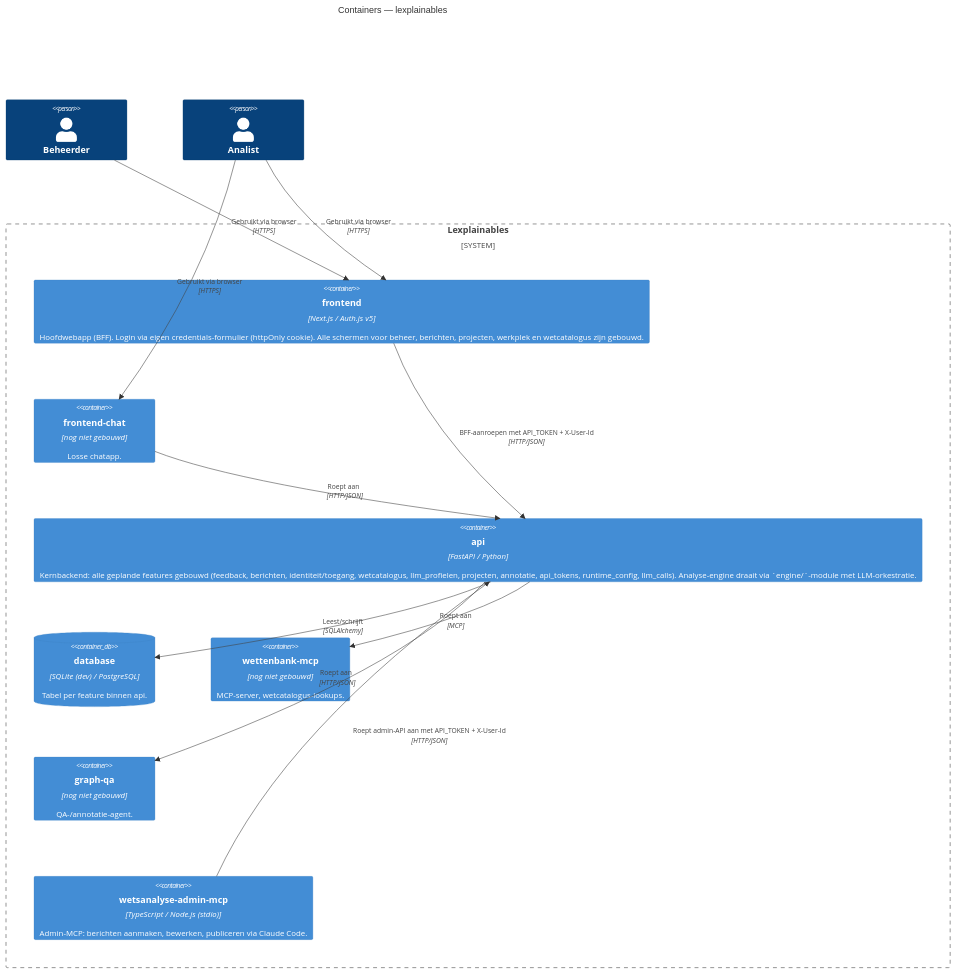
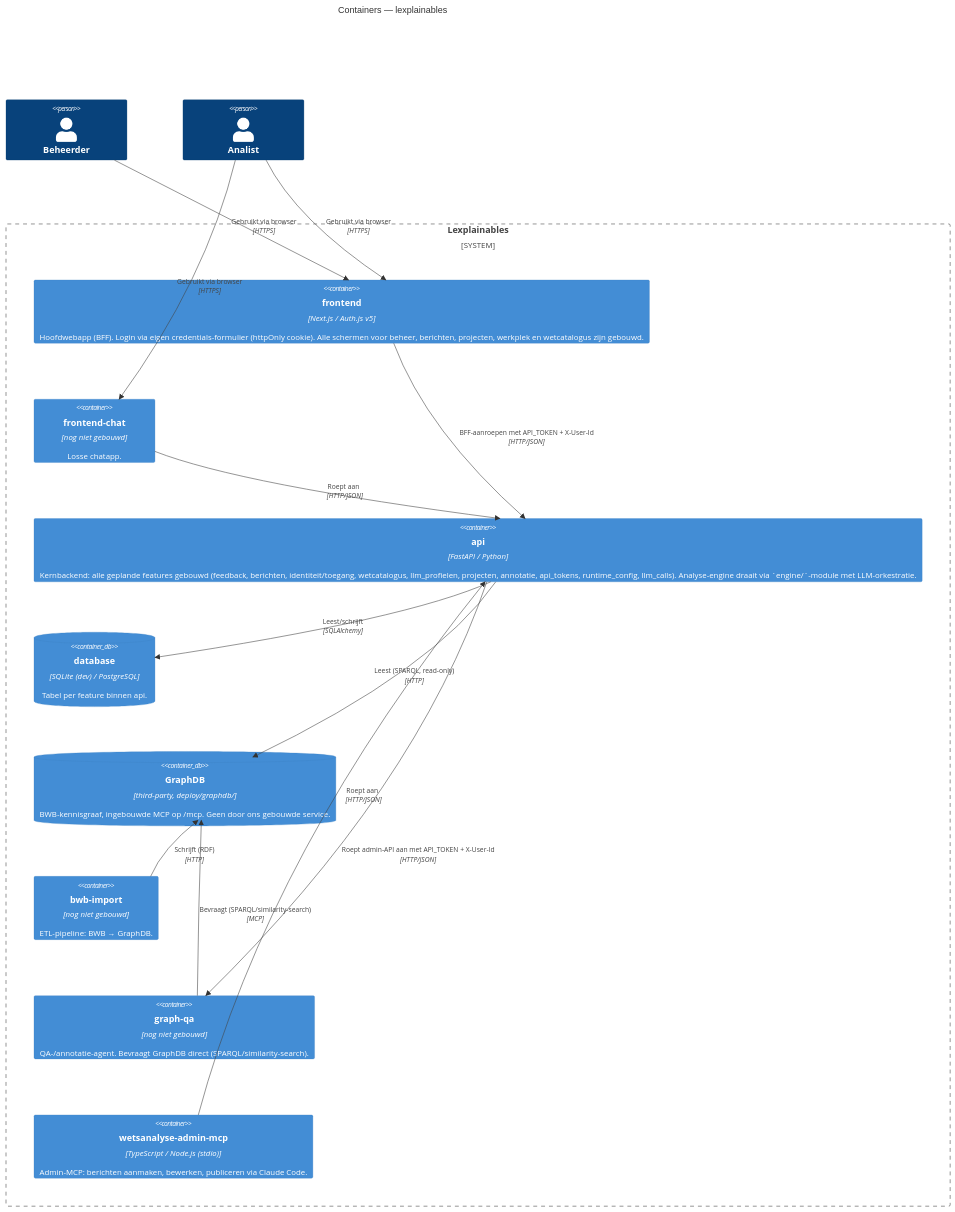
The second of 5 diagrams in docs/project/architectuur/c4-model.md (jaas0000/lexplainables), drawn with Mermaid before and after one commit. The commit also changed other lines of this file and 14 other files, not shown here.

First line of the commit message:
feat(fase-4): GraphDB-stack (service 1) + architectuurcorrectie wettenbank-mcp → bwb-import (#52)

````diff
--- a/docs/project/architectuur/c4-model.md
+++ b/docs/project/architectuur/c4-model.md
@@ -37,27 +40,30 @@
 ```mermaid
 C4Container
   title Containers — lexplainables
 
   Person(beheerder, "Beheerder")
   Person(analist, "Analist")
 
   System_Boundary(wetsanalyse, "Lexplainables") {
     Container(frontend, "frontend", "Next.js / Auth.js v5", "Hoofdwebapp (BFF). Login via eigen credentials-formulier (httpOnly cookie). Alle schermen voor beheer, berichten, projecten, werkplek en wetcatalogus zijn gebouwd.")
     Container(frontend_chat, "frontend-chat", "nog niet gebouwd", "Losse chatapp.")
     Container(api, "api", "FastAPI / Python", "Kernbackend: alle geplande features gebouwd (feedback, berichten, identiteit/toegang, wetcatalogus, llm_profielen, projecten, annotatie, api_tokens, runtime_config, llm_calls). Analyse-engine draait via `engine/`-module met LLM-orkestratie.")
     ContainerDb(db, "database", "SQLite (dev) / PostgreSQL", "Tabel per feature binnen api.")
-    Container(wettenbank_mcp, "wettenbank-mcp", "nog niet gebouwd", "MCP-server, wetcatalogus-lookups.")
-    Container(graph_qa, "graph-qa", "nog niet gebouwd", "QA-/annotatie-agent.")
+    ContainerDb(graphdb, "GraphDB", "third-party, deploy/graphdb/", "BWB-kennisgraaf, ingebouwde MCP op /mcp. Geen door ons gebouwde service.")
+    Container(bwb_import, "bwb-import", "nog niet gebouwd", "ETL-pipeline: BWB → GraphDB.")
+    Container(graph_qa, "graph-qa", "nog niet gebouwd", "QA-/annotatie-agent. Bevraagt GraphDB direct (SPARQL/similarity-search).")
     Container(admin_mcp, "wetsanalyse-admin-mcp", "TypeScript / Node.js (stdio)", "Admin-MCP: berichten aanmaken, bewerken, publiceren via Claude Code.")
   }
 
   Rel(beheerder, frontend, "Gebruikt via browser", "HTTPS")
   Rel(analist, frontend, "Gebruikt via browser", "HTTPS")
   Rel(analist, frontend_chat, "Gebruikt via browser", "HTTPS")
   Rel(frontend, api, "BFF-aanroepen met API_TOKEN + X-User-Id", "HTTP/JSON")
   Rel(frontend_chat, api, "Roept aan", "HTTP/JSON")
   Rel(api, db, "Leest/schrijft", "SQLAlchemy")
-  Rel(api, wettenbank_mcp, "Roept aan", "MCP")
+  Rel(api, graphdb, "Leest (SPARQL, read-only)", "HTTP")
+  Rel(bwb_import, graphdb, "Schrijft (RDF)", "HTTP")
+  Rel(graph_qa, graphdb, "Bevraagt (SPARQL/similarity-search)", "MCP")
   Rel(api, graph_qa, "Roept aan", "HTTP/JSON")
   Rel(admin_mcp, api, "Roept admin-API aan met API_TOKEN + X-User-Id", "HTTP/JSON")
 ```
````
